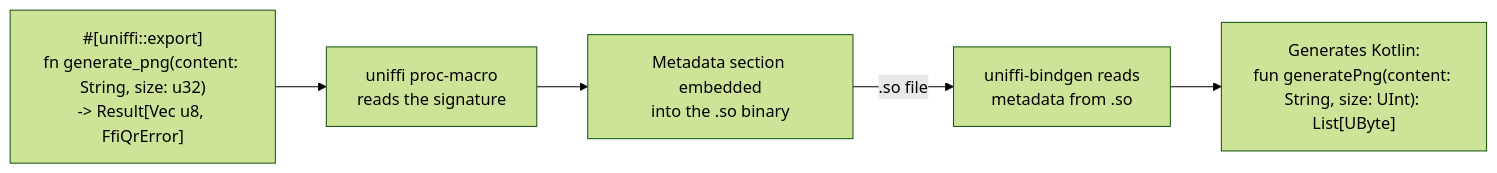
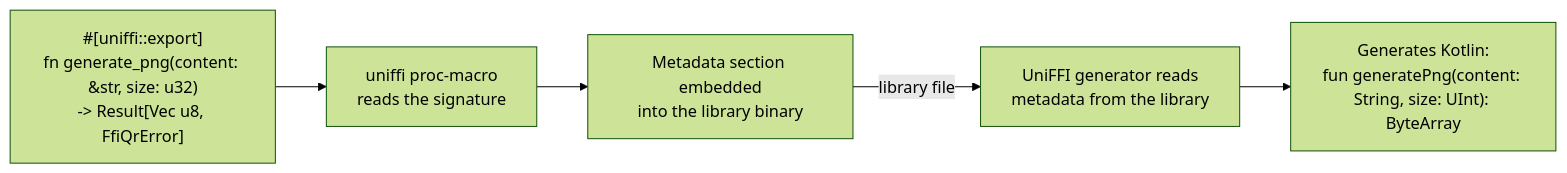
One commit to prasannajeet/RustyQR changed the third of 3 diagrams in composeApp/src/androidMain/README.md. Above: the diagram before and after it, drawn with Mermaid (forest theme). The commit also changed other lines of this file and 25 other files, not shown here.

````diff
--- a/composeApp/src/androidMain/README.md
+++ b/composeApp/src/androidMain/README.md
@@ -287,10 +318,10 @@
 ```mermaid
 graph LR
-    A["#[uniffi::export]<br/>fn generate_png(content: String, size: u32)<br/>-> Result[Vec u8, FfiQrError]"]
+    A["#[uniffi::export]<br/>fn generate_png(content: &str, size: u32)<br/>-> Result[Vec u8, FfiQrError]"]
     B["uniffi proc-macro<br/>reads the signature"]
-    C["Metadata section embedded<br/>into the .so binary"]
-    D["uniffi-bindgen reads<br/>metadata from .so"]
-    E["Generates Kotlin:<br/>fun generatePng(content: String, size: UInt): List[UByte]"]
+    C["Metadata section embedded<br/>into the library binary"]
+    D["UniFFI generator reads<br/>metadata from the library"]
+    E["Generates Kotlin:<br/>fun generatePng(content: String, size: UInt): ByteArray"]
 
-    A --> B --> C -->|".so file"| D --> E
+    A --> B --> C -->|"library file"| D --> E
 ```
````
